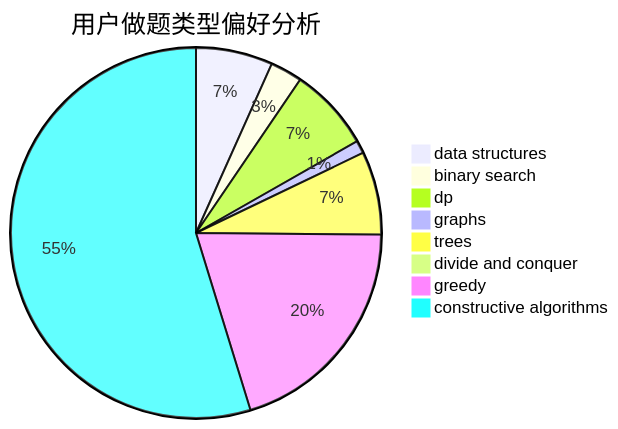
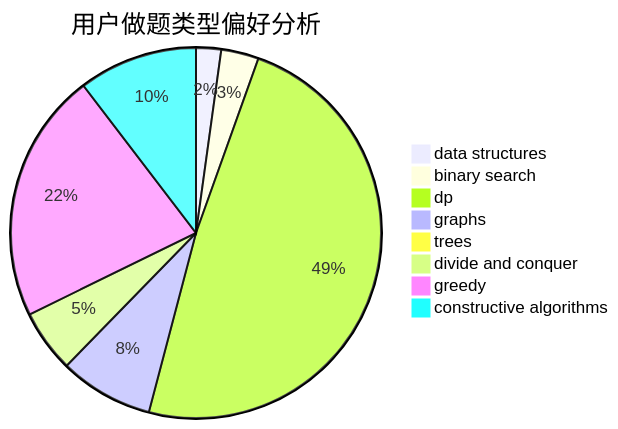
One commit to sherpahu/cfrs.github.io changed the second of 3 diagrams in docs/user/u2540.md. Above: the diagram before and after it, drawn with Mermaid. The commit also changed other lines of this file and 2770 other files, not shown here.

````diff
--- a/docs/user/u2540.md
+++ b/docs/user/u2540.md
@@ -23,11 +23,11 @@
 ```mermaid
 pie title 用户做题类型偏好分析
-    "data structures" :  12
-    "binary search" :  5
-    "dp" :  13
-    "graphs" :  2
-    "trees" :  13
-    "divide and conquer" :  0
-    "greedy" :  36
-    "constructive algorithms" :  98
+    "data structures" :  4
+    "binary search" :  6
+    "dp" :  89
+    "graphs" :  15
+    "trees" :  0
+    "divide and conquer" :  10
+    "greedy" :  40
+    "constructive algorithms" :  19
 ```
````
